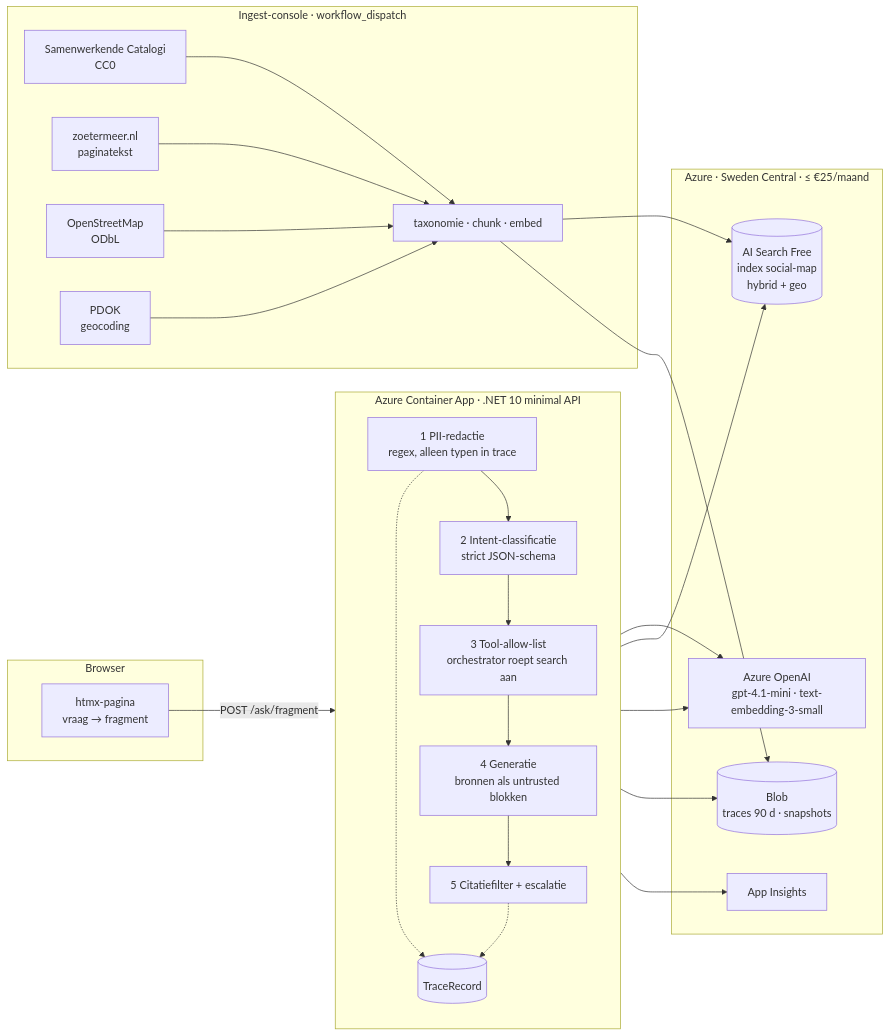
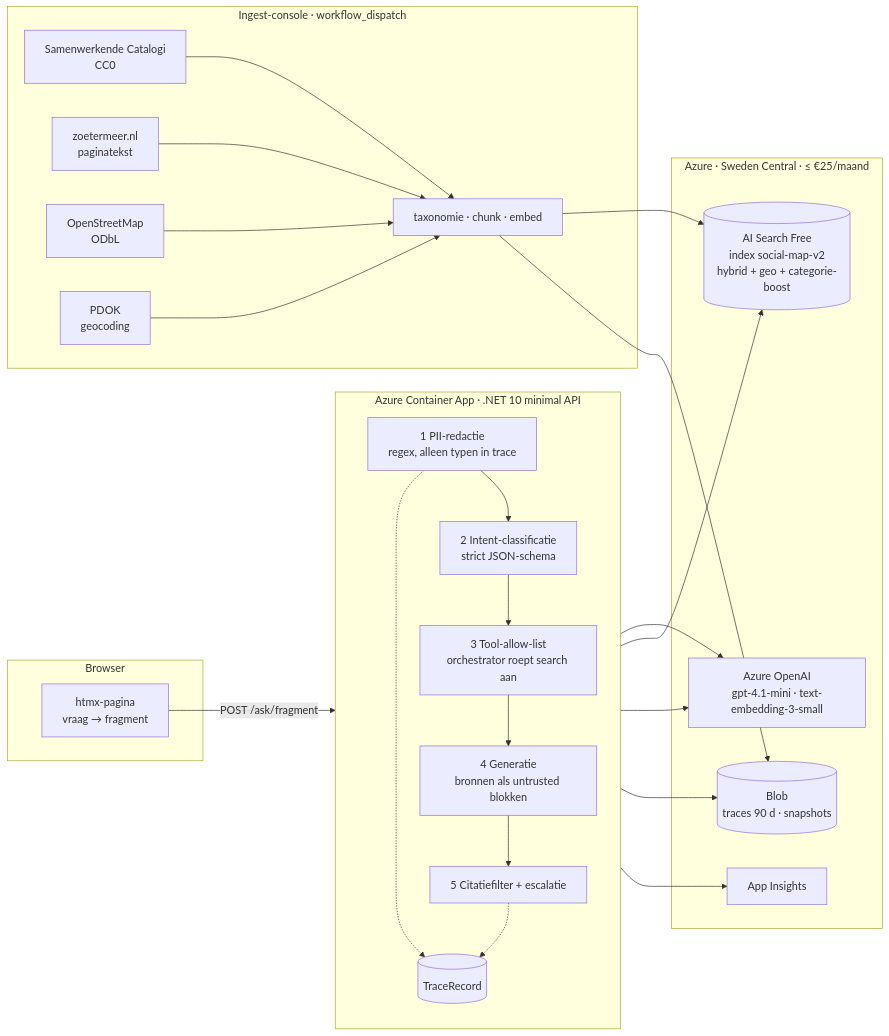
One commit to jelleschut/sociale-kaart-rag changed the diagram in README.md. Above: the diagram before and after it, drawn with Mermaid. The commit also changed other lines of this file and 27 other files, not shown here.

First line of the commit message:
feat(retrieval): categorie als scoring-boost i.p.v. hard filter (index v2) (#44)

````diff
--- a/README.md
+++ b/README.md
@@ -24,39 +24,39 @@
 ```mermaid
 flowchart LR
     subgraph client[Browser]
         UI[htmx-pagina<br/>vraag → fragment]
     end
     subgraph api[Azure Container App · .NET 10 minimal API]
         direction TB
         P1[1 PII-redactie<br/>regex, alleen typen in trace]
         P2[2 Intent-classificatie<br/>strict JSON-schema]
         P3[3 Tool-allow-list<br/>orchestrator roept search aan]
         P4[4 Generatie<br/>bronnen als untrusted blokken]
         P5[5 Citatiefilter + escalatie]
         T[(TraceRecord)]
         P1 --> P2 --> P3 --> P4 --> P5
         P1 -.-> T
         P5 -.-> T
     end
     subgraph azure[Azure · Sweden Central · ≤ €25/maand]
-        S[(AI Search Free<br/>index social-map<br/>hybrid + geo)]
+        S[(AI Search Free<br/>index social-map-v2<br/>hybrid + geo + categorie-boost)]
         O[Azure OpenAI<br/>gpt-4.1-mini · text-embedding-3-small]
         B[(Blob<br/>traces 90 d · snapshots)]
         AI[App Insights]
     end
     subgraph ingest[Ingest-console · workflow_dispatch]
         SC[Samenwerkende Catalogi<br/>CC0] --> CH
         ZM[zoetermeer.nl<br/>paginatekst] --> CH
         OSM[OpenStreetMap<br/>ODbL] --> CH
         PD[PDOK<br/>geocoding] --> CH
         CH[taxonomie · chunk · embed]
     end
     UI -->|POST /ask/fragment| P1
     P2 --> O
     P3 --> S
     P4 --> O
     T --> B
     T --> AI
     CH --> S
     CH --> B
 ```
````
